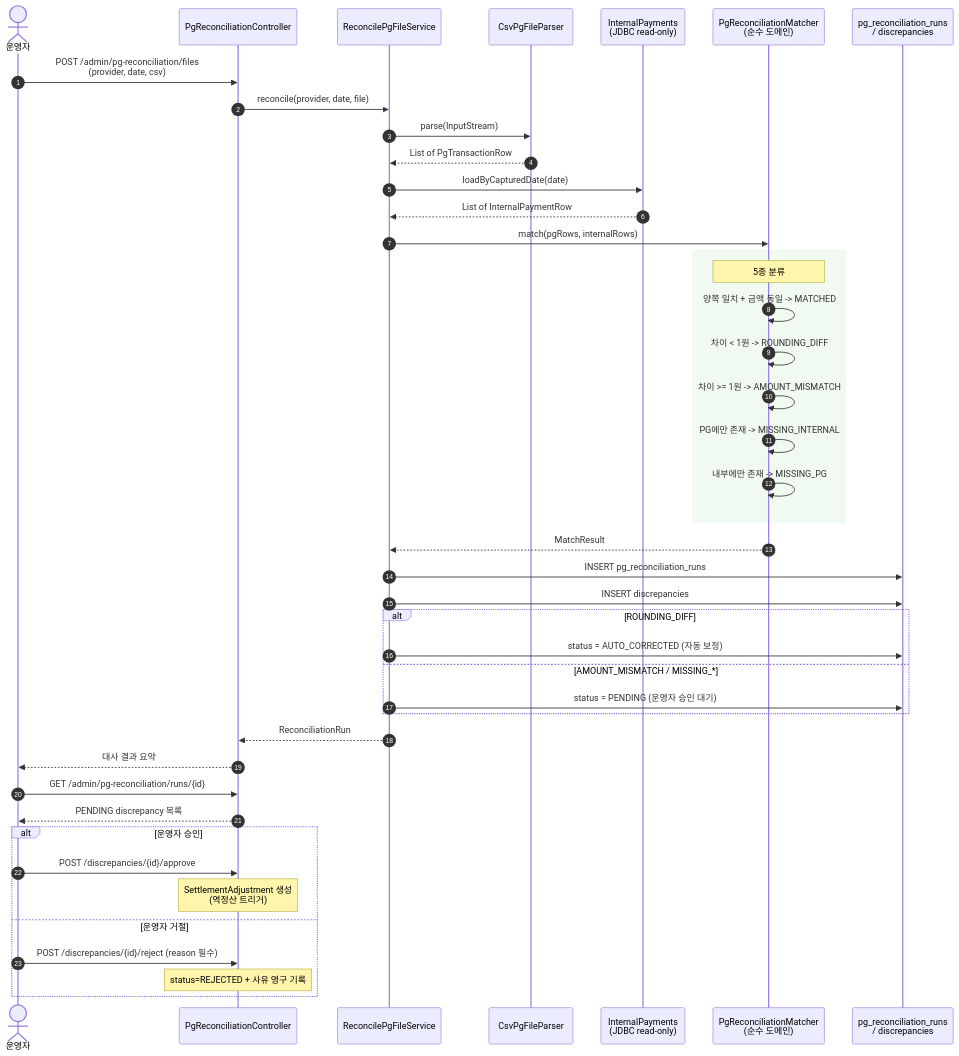
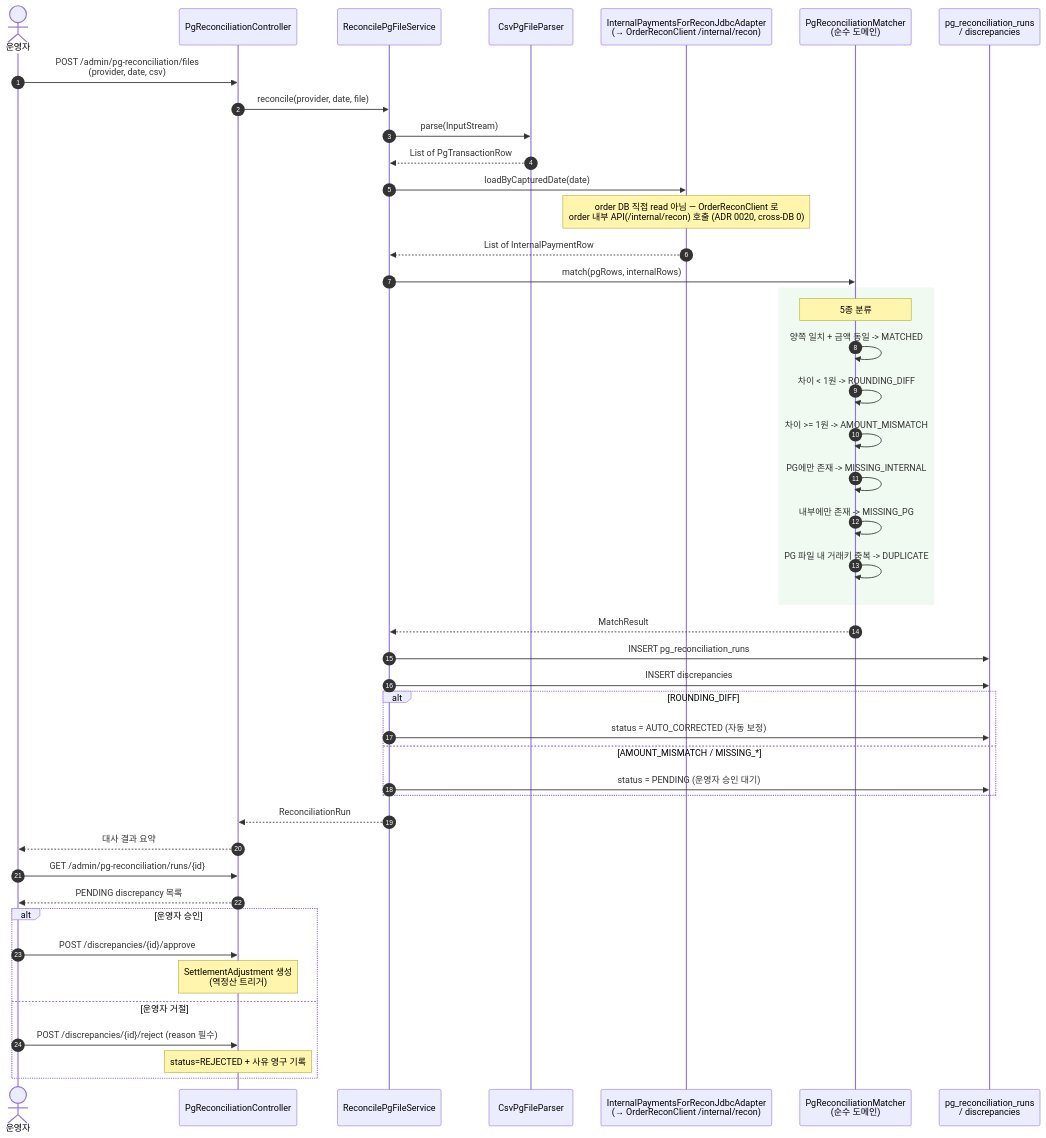
One commit to MyoungSoo7/settlement changed the third of 5 diagrams in docs/etc/SEQUENCE_DIAGRAMS.md. Above: the diagram before and after it, drawn with Mermaid. The commit also changed other lines of this file and 1589 other files, not shown here.

````diff
--- a/docs/etc/SEQUENCE_DIAGRAMS.md
+++ b/docs/etc/SEQUENCE_DIAGRAMS.md
@@ -130,55 +130,57 @@
 ```mermaid
 sequenceDiagram
     autonumber
     actor Op as 운영자
     participant API as PgReconciliationController
     participant Svc as ReconcilePgFileService
     participant Parser as CsvPgFileParser
-    participant Internal as InternalPayments<br/>(JDBC read-only)
+    participant Internal as InternalPaymentsForReconJdbcAdapter<br/>(→ OrderReconClient /internal/recon)
     participant Matcher as PgReconciliationMatcher<br/>(순수 도메인)
     participant DB as pg_reconciliation_runs<br/>/ discrepancies
 
     Op->>API: POST /admin/pg-reconciliation/files<br/>(provider, date, csv)
     API->>Svc: reconcile(provider, date, file)
     Svc->>Parser: parse(InputStream)
     Parser-->>Svc: List of PgTransactionRow
 
     Svc->>Internal: loadByCapturedDate(date)
+    Note over Internal: order DB 직접 read 아님 — OrderReconClient 로<br/>order 내부 API(/internal/recon) 호출 (ADR 0020, cross-DB 0)
     Internal-->>Svc: List of InternalPaymentRow
 
     Svc->>Matcher: match(pgRows, internalRows)
 
     rect rgb(240, 250, 240)
         Note over Matcher: 5종 분류
         Matcher->>Matcher: 양쪽 일치 + 금액 동일 -> MATCHED
         Matcher->>Matcher: 차이 < 1원 -> ROUNDING_DIFF
         Matcher->>Matcher: 차이 >= 1원 -> AMOUNT_MISMATCH
         Matcher->>Matcher: PG에만 존재 -> MISSING_INTERNAL
         Matcher->>Matcher: 내부에만 존재 -> MISSING_PG
+        Matcher->>Matcher: PG 파일 내 거래키 중복 -> DUPLICATE
     end
 
     Matcher-->>Svc: MatchResult
 
     Svc->>DB: INSERT pg_reconciliation_runs
     Svc->>DB: INSERT discrepancies
 
     alt ROUNDING_DIFF
         Svc->>DB: status = AUTO_CORRECTED (자동 보정)
     else AMOUNT_MISMATCH / MISSING_*
         Svc->>DB: status = PENDING (운영자 승인 대기)
     end
 
     Svc-->>API: ReconciliationRun
     API-->>Op: 대사 결과 요약
 
     Op->>API: GET /admin/pg-reconciliation/runs/{id}
     API-->>Op: PENDING discrepancy 목록
 
     alt 운영자 승인
         Op->>API: POST /discrepancies/{id}/approve
         Note over API: SettlementAdjustment 생성<br/>(역정산 트리거)
     else 운영자 거절
         Op->>API: POST /discrepancies/{id}/reject (reason 필수)
         Note over API: status=REJECTED + 사유 영구 기록
     end
 ```
````
